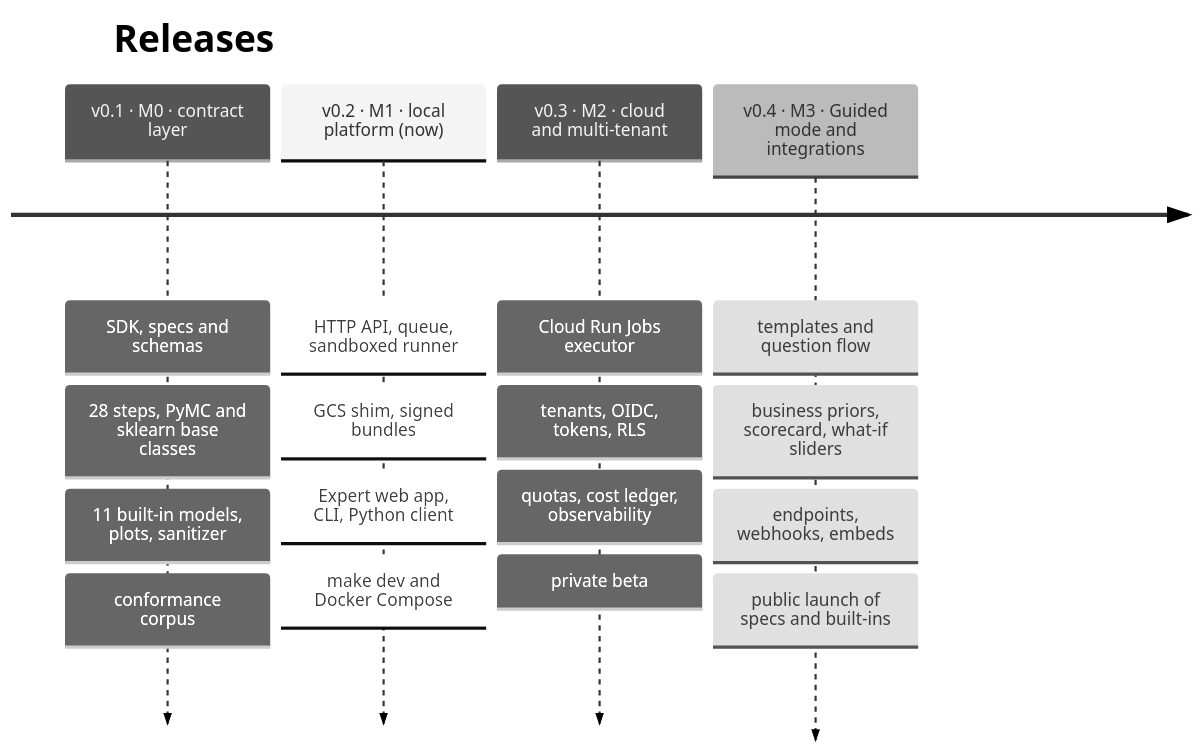
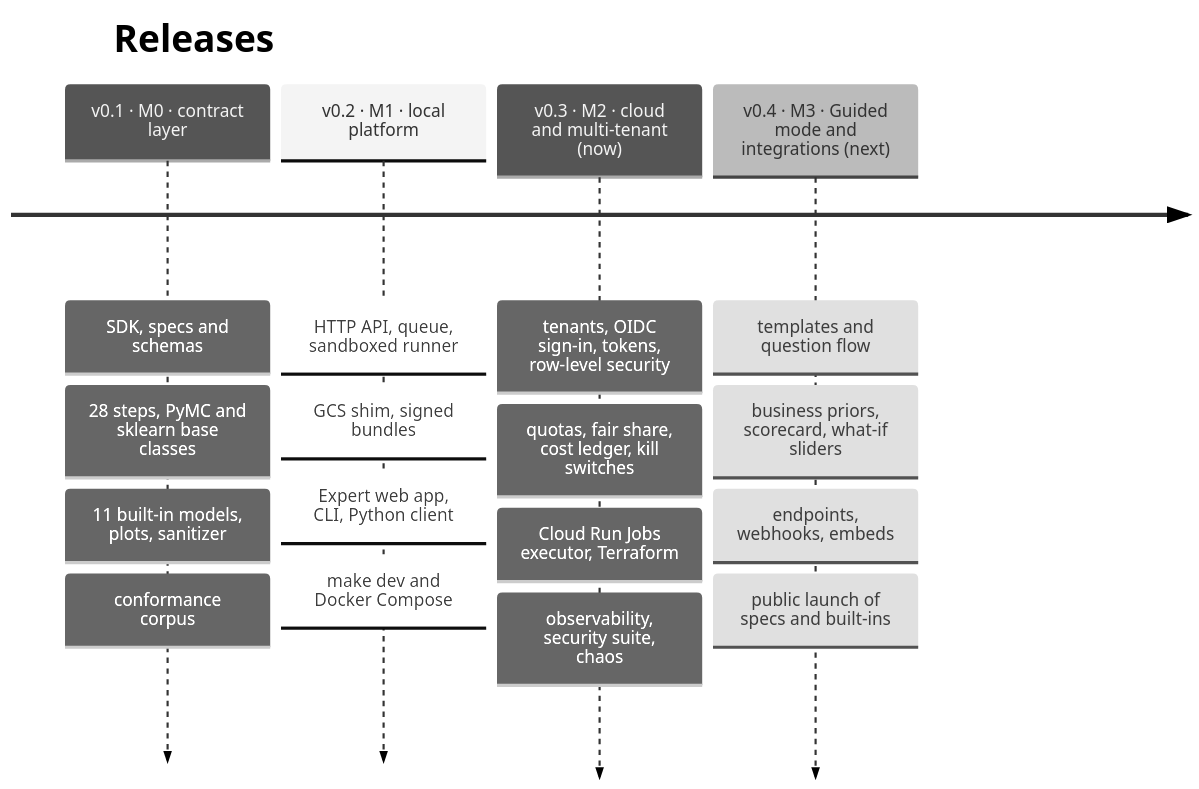
One commit to redam94/modeling-api changed the diagram in docs/roadmap/index.md. Above: the diagram before and after it, drawn with Mermaid (neutral theme). The commit also changed other lines of this file and 16 other files, not shown here.

First line of the commit message:
docs: v0.3 landing page, security model, deployment, observability and roadmap

````diff
--- a/docs/roadmap/index.md
+++ b/docs/roadmap/index.md
@@ -8,8 +8,8 @@
 ```mermaid
 timeline
     title Releases
     v0.1 · M0 · contract layer : SDK, specs and schemas : 28 steps, PyMC and sklearn base classes : 11 built-in models, plots, sanitizer : conformance corpus
-    v0.2 · M1 · local platform (now) : HTTP API, queue, sandboxed runner : GCS shim, signed bundles : Expert web app, CLI, Python client : make dev and Docker Compose
-    v0.3 · M2 · cloud and multi-tenant : Cloud Run Jobs executor : tenants, OIDC, tokens, RLS : quotas, cost ledger, observability : private beta
-    v0.4 · M3 · Guided mode and integrations : templates and question flow : business priors, scorecard, what-if sliders : endpoints, webhooks, embeds : public launch of specs and built-ins
+    v0.2 · M1 · local platform : HTTP API, queue, sandboxed runner : GCS shim, signed bundles : Expert web app, CLI, Python client : make dev and Docker Compose
+    v0.3 · M2 · cloud and multi-tenant (now) : tenants, OIDC sign-in, tokens, row-level security : quotas, fair share, cost ledger, kill switches : Cloud Run Jobs executor, Terraform : observability, security suite, chaos
+    v0.4 · M3 · Guided mode and integrations (next) : templates and question flow : business priors, scorecard, what-if sliders : endpoints, webhooks, embeds : public launch of specs and built-ins
 ```
````
